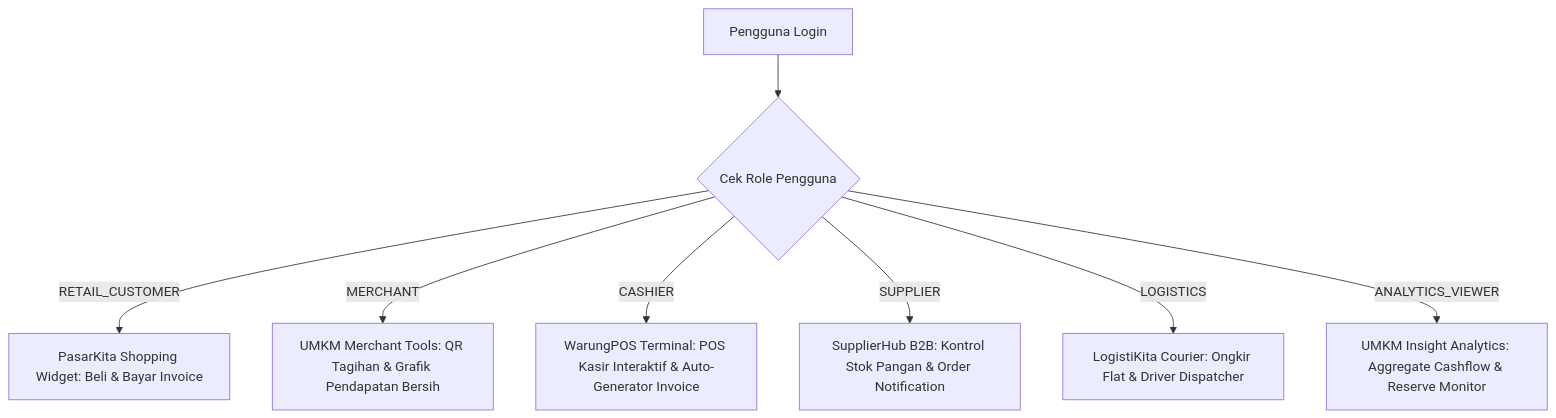
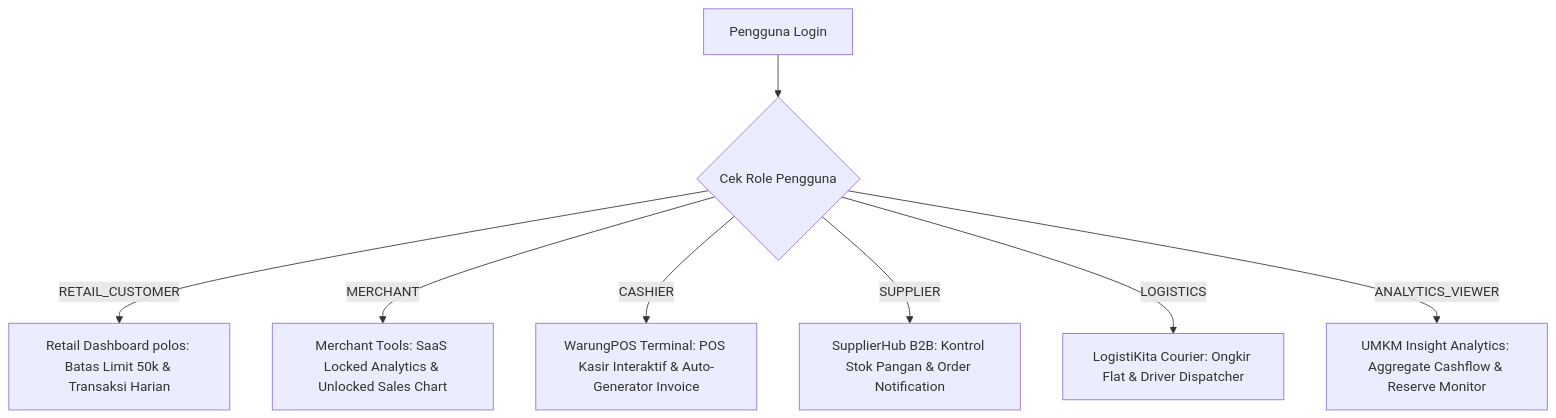
Before and after one commit to YonaldiEp/wallet: the diagram in PROGRESS.md, drawn with Mermaid. The commit also changed other lines of this file and 7 other files, not shown here.

````diff
--- a/PROGRESS.md
+++ b/PROGRESS.md
@@ -35,11 +45,11 @@
 ```mermaid
 graph TD
     User[Pengguna Login] --> RoleCheck{Cek Role Pengguna}
     
-    RoleCheck -->|RETAIL_CUSTOMER| Retail[PasarKita Shopping Widget: Beli & Bayar Invoice]
-    RoleCheck -->|MERCHANT| Merchant[UMKM Merchant Tools: QR Tagihan & Grafik Pendapatan Bersih]
+    RoleCheck -->|RETAIL_CUSTOMER| Retail[Retail Dashboard polos: Batas Limit 50k & Transaksi Harian]
+    RoleCheck -->|MERCHANT| Merchant[Merchant Tools: SaaS Locked Analytics & Unlocked Sales Chart]
     RoleCheck -->|CASHIER| Cashier[WarungPOS Terminal: POS Kasir Interaktif & Auto-Generator Invoice]
     RoleCheck -->|SUPPLIER| Supplier[SupplierHub B2B: Kontrol Stok Pangan & Order Notification]
     RoleCheck -->|LOGISTICS| Logistics[LogistiKita Courier: Ongkir Flat & Driver Dispatcher]
     RoleCheck -->|ANALYTICS_VIEWER| Analytics[UMKM Insight Analytics: Aggregate Cashflow & Reserve Monitor]
 ```
````
